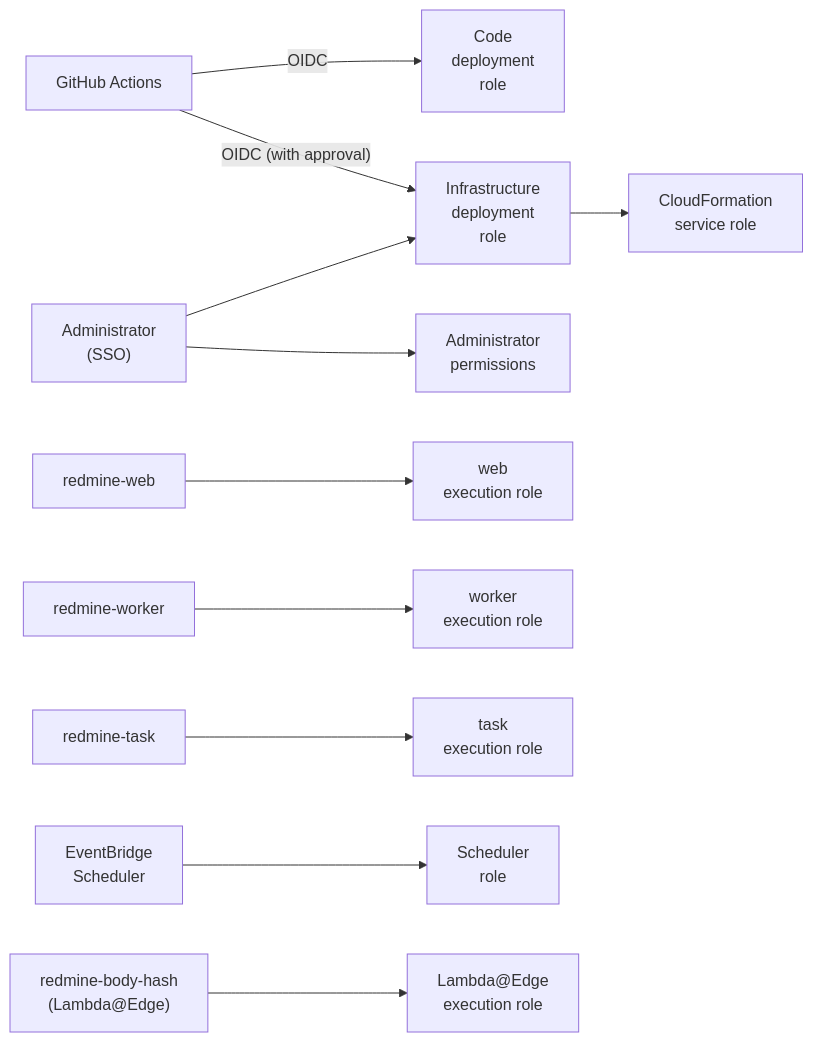
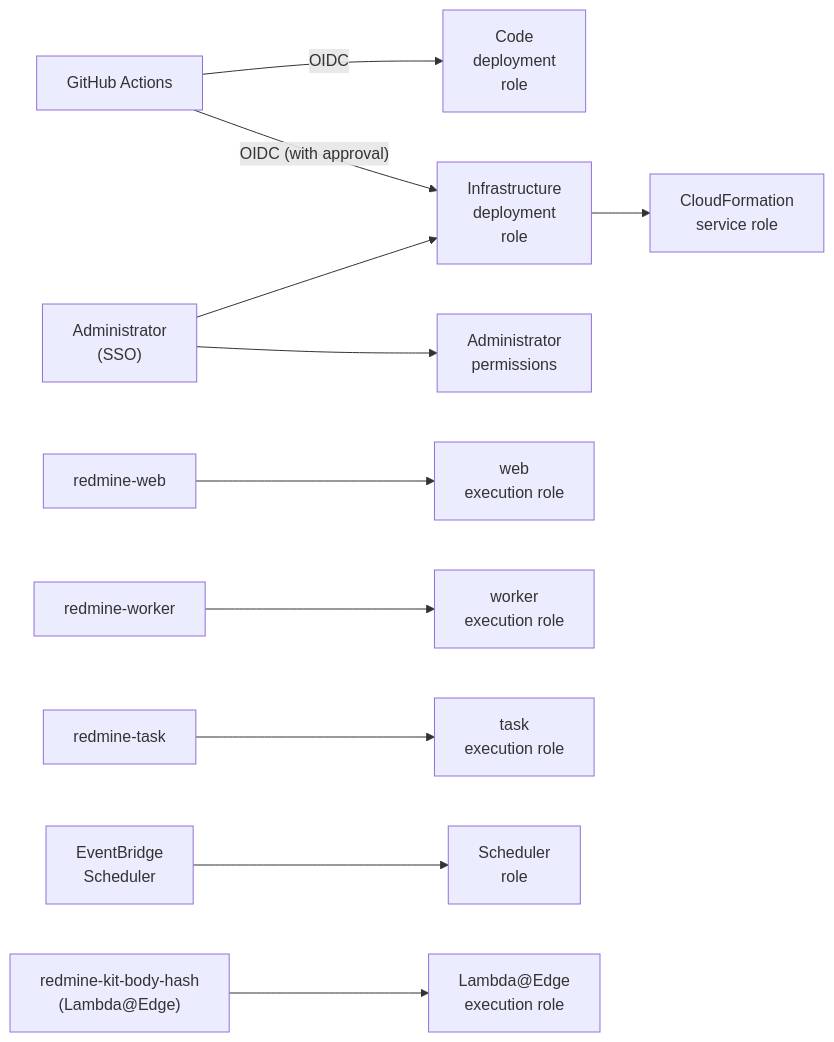
The diagram in docs/iam.md (redmine-kit/serverless), drawn with Mermaid before and after one commit. The commit also changed other lines of this file and 34 other files, not shown here.

First line of the commit message:
Prefix the account's shared AWS resources with redmine-kit-

````diff
--- a/docs/iam.md
+++ b/docs/iam.md
@@ -21,13 +21,13 @@
 ```mermaid
 flowchart LR
   gh["GitHub Actions"] -- "OIDC" --> deploy["Code<br>deployment<br>role"]
   gh -- "OIDC (with approval)" --> infra["Infrastructure<br>deployment<br>role"]
   sso["Administrator<br>(SSO)"] --> admin["Administrator<br>permissions"]
   sso --> infra
   infra --> cfn["CloudFormation<br>service role"]
   web["redmine-web"] --> rweb["web<br>execution role"]
   worker["redmine-worker"] --> rworker["worker<br>execution role"]
   task["redmine-task"] --> rtask["task<br>execution role"]
   sch["EventBridge<br>Scheduler"] --> rsch["Scheduler<br>role"]
-  edge["redmine-body-hash<br>(Lambda@Edge)"] --> redge["Lambda@Edge<br>execution role"]
+  edge["redmine-kit-body-hash<br>(Lambda@Edge)"] --> redge["Lambda@Edge<br>execution role"]
 ```
````
